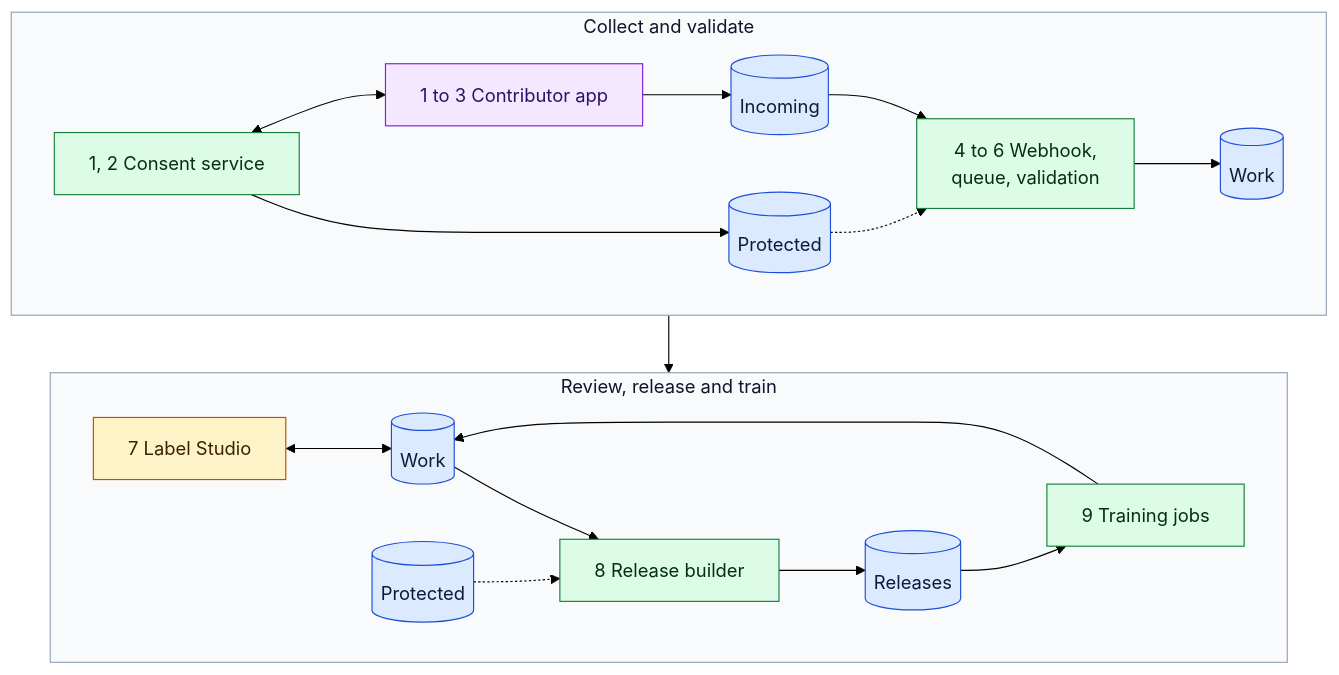
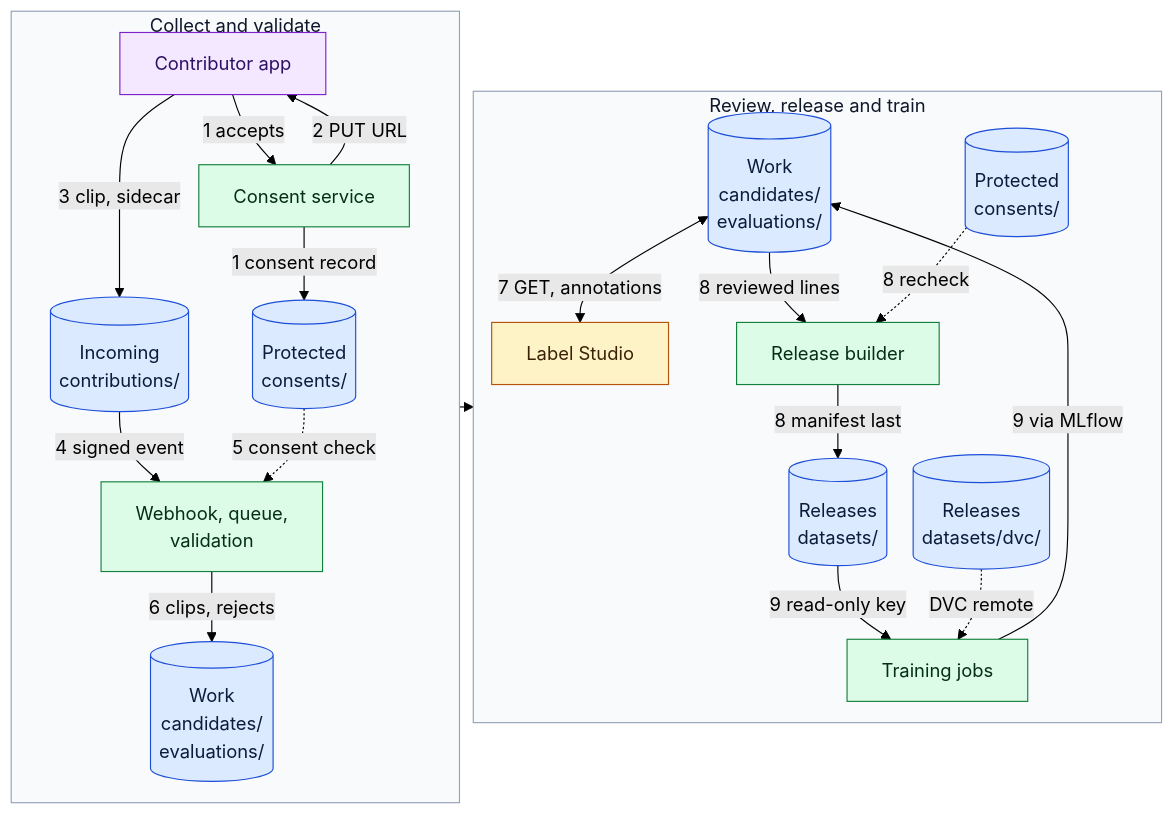
The diagram in architectures/voice-training-data-lifecycle/architecture.md (backblaze-b2-samples/b2-voice-ai-reference-architectures), drawn with Mermaid (forest theme) before and after one commit. The commit also changed other lines of this file and 2 other files, not shown here.

Commit message:
Put readable text back on the diagram edges
Each edge now carries its step number and two to four words saying what
moves or happens, and buckets show their prefix, so the diagrams can be
read without cross-referencing the step lists. Each diagram still fits
in one screen. Details that do not fit stay in the numbered steps.

````diff
--- a/architectures/voice-training-data-lifecycle/architecture.md
+++ b/architectures/voice-training-data-lifecycle/architecture.md
@@ -17,45 +17,54 @@
 ```mermaid
-flowchart TB
+---
+config:
+  flowchart:
+    nodeSpacing: 12
+    rankSpacing: 12
+---
+flowchart LR
   subgraph collect["Collect and validate"]
-    direction LR
-    CS["1, 2 Consent service"]
-    APP["1 to 3 Contributor app"]
-    PROT1[("Protected")]
-    INC[("Incoming")]
-    VAL["4 to 6 Webhook,<br/>queue, validation"]
-    WORK1[("Work")]
-    CS <--> APP
-    CS --> PROT1
-    APP --> INC
-    INC --> VAL
-    PROT1 -.-> VAL
-    VAL --> WORK1
+    direction TB
+    APP["Contributor app"]
+    CS["Consent service"]
+    PROT1[("Protected<br/>consents/")]
+    INC[("Incoming<br/>contributions/")]
+    VAL["Webhook, queue,<br/>validation"]
+    WORK1[("Work<br/>candidates/<br/>evaluations/")]
+    APP -->|"1 accepts"| CS
+    CS -->|"1 consent record"| PROT1
+    CS -->|"2 PUT URL"| APP
+    APP -->|"3 clip, sidecar"| INC
+    INC -->|"4 signed event"| VAL
+    PROT1 -.->|"5 consent check"| VAL
+    VAL -->|"6 clips, rejects"| WORK1
   end
   subgraph release["Review, release and train"]
-    direction LR
-    LS["7 Label Studio"]
-    WORK2[("Work")]
-    PROT2[("Protected")]
-    BUILD["8 Release builder"]
-    REL[("Releases")]
-    JOB["9 Training jobs"]
-    LS <--> WORK2
-    WORK2 --> BUILD
-    PROT2 -.-> BUILD
-    BUILD --> REL
-    REL --> JOB
-    JOB --> WORK2
+    direction TB
+    WORK2[("Work<br/>candidates/<br/>evaluations/")]
+    LS["Label Studio"]
+    PROT2[("Protected<br/>consents/")]
+    BUILD["Release builder"]
+    REL[("Releases<br/>datasets/")]
+    JOB["Training jobs"]
+    WORK2 <-->|"7 GET, annotations"| LS
+    WORK2 -->|"8 reviewed lines"| BUILD
+    PROT2 -.->|"8 recheck"| BUILD
+    BUILD -->|"8 manifest last"| REL
+    REL -->|"9 read-only key"| JOB
+    JOB -->|"9 via MLflow"| WORK2
+    DVC[("Releases<br/>datasets/dvc/")]
+    DVC -.->|"DVC remote"| JOB
   end
   collect --> release
 
   classDef store fill:#dbeafe,stroke:#1d4ed8,color:#0b1b3a
   classDef svc fill:#dcfce7,stroke:#15803d,color:#052e16
   classDef ext fill:#fef3c7,stroke:#b45309,color:#3b2005
   classDef person fill:#f3e8ff,stroke:#7e22ce,color:#2e1065
-  class PROT1,PROT2,INC,WORK1,WORK2,REL store
+  class PROT1,PROT2,INC,WORK1,WORK2,REL,DVC store
   class CS,VAL,BUILD,JOB svc
   class LS ext
   class APP person
   style collect fill:#f8fafc,stroke:#94a3b8,color:#0f172a
   style release fill:#f8fafc,stroke:#94a3b8,color:#0f172a
 ```
````
